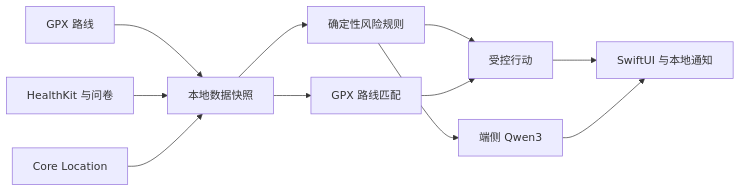
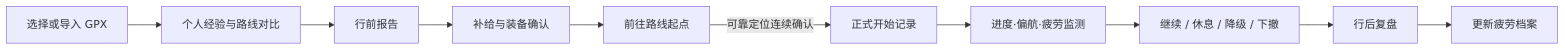
Before and after one commit to FanXuTheRealOne/wudax: the first of 2 diagrams in README.md, drawn with Mermaid. The commit also changed other lines of this file and 8 other files, not shown here.

````diff
--- a/README.md
+++ b/README.md
@@ -94,13 +43,12 @@
 ```mermaid
 flowchart LR
-    A[GPX 路线] --> D[本地数据快照]
-    B[HealthKit 与问卷] --> D
-    C[Core Location] --> D
-    D --> E[确定性风险规则]
-    D --> F[GPX 路线匹配]
-    E --> G[受控行动]
-    F --> G
-    G --> H[SwiftUI 与本地通知]
-    E --> I[端侧 Qwen3]
-    I --> H
+    A[选择或导入 GPX] --> B[个人经验与路线对比]
+    B --> C[行前报告]
+    C --> D[补给与装备确认]
+    D --> E[前往路线起点]
+    E -->|可靠定位连续确认| F[正式开始记录]
+    F --> G[进度·偏航·疲劳监测]
+    G --> H[继续 / 休息 / 降级 / 下撤]
+    H --> I[行后复盘]
+    I --> J[更新疲劳档案]
 ```
````
